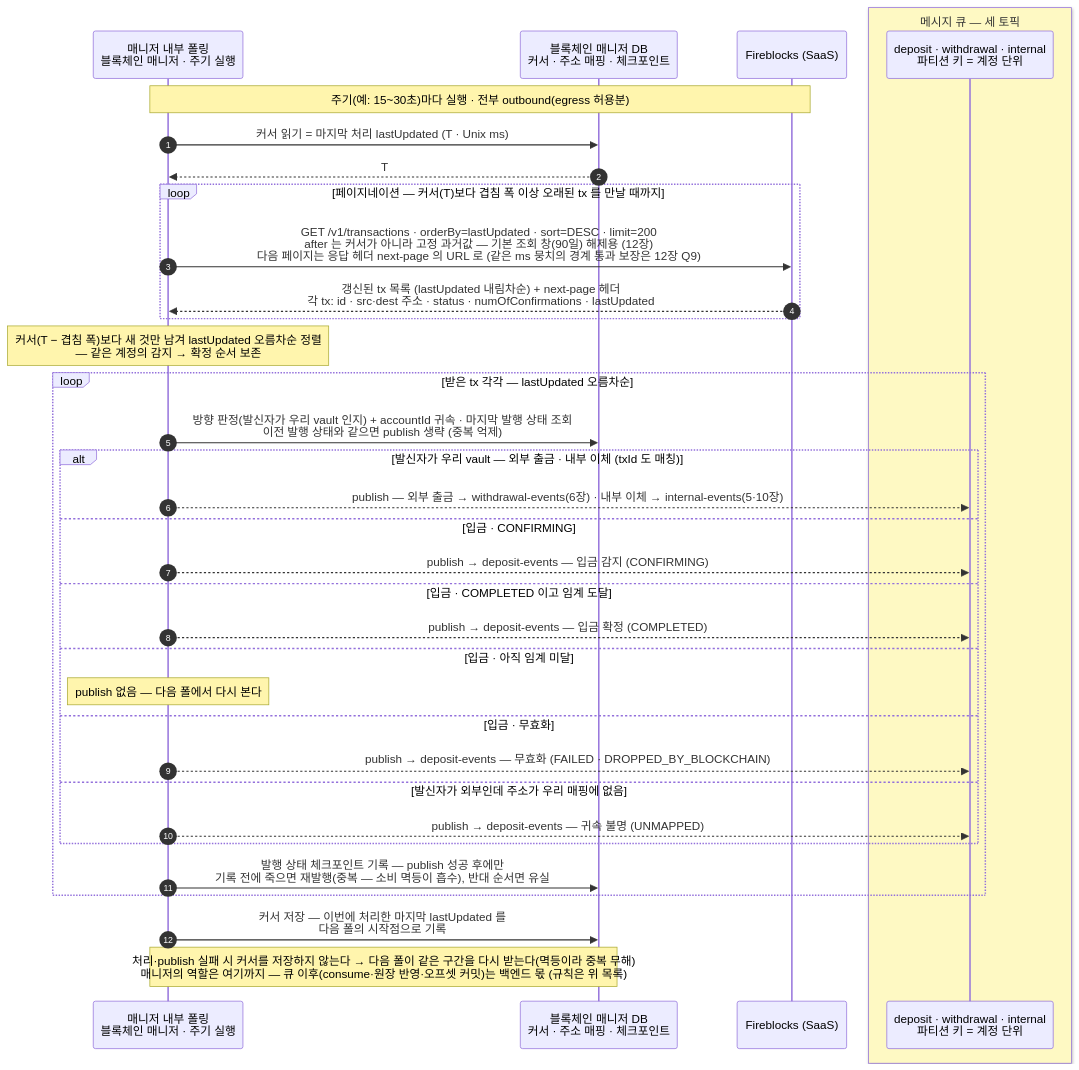
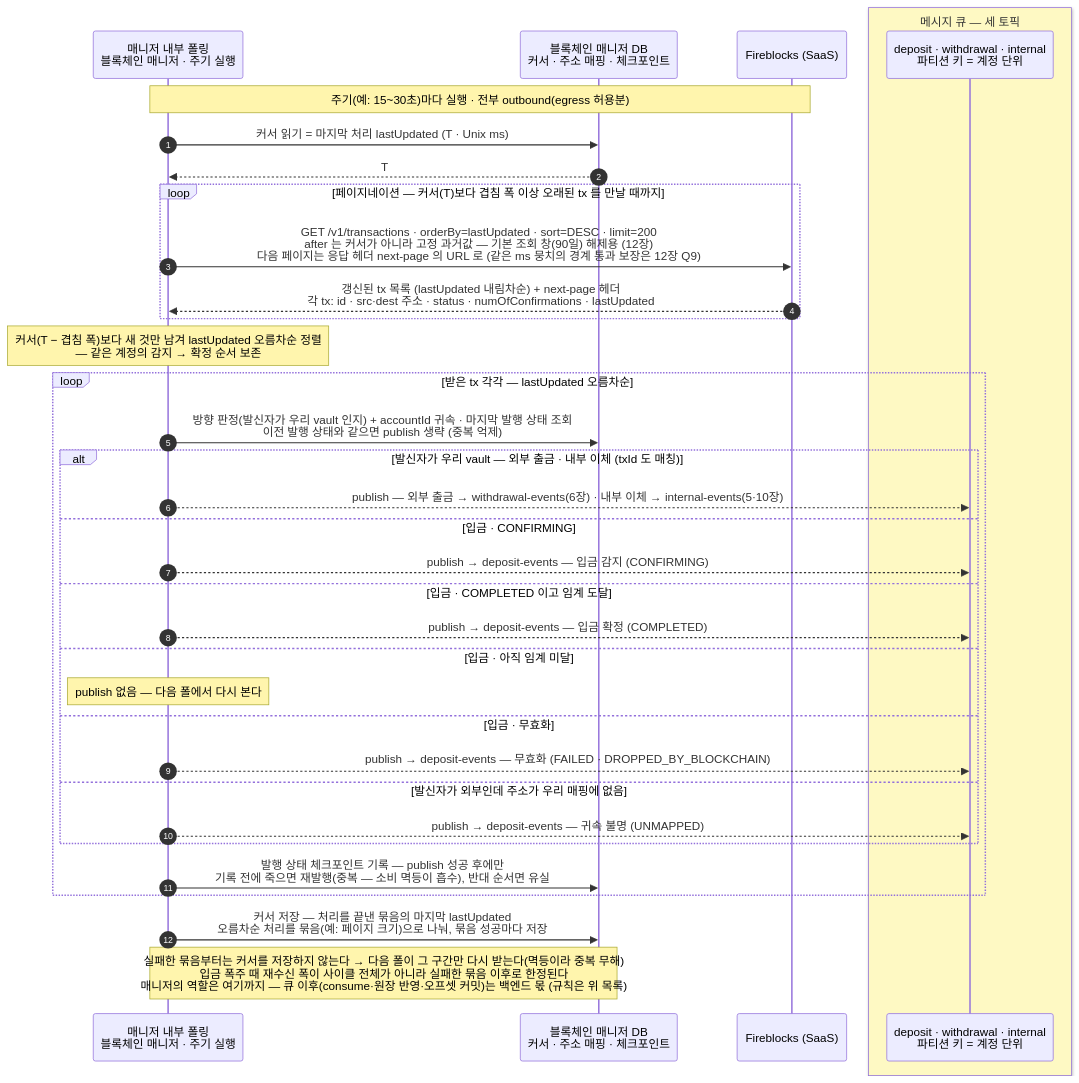
The first of 2 diagrams in blockchain-manager/docs/블록체인매니저/설계/04-detect-confirm.md (eunsujeo/eunpus), drawn with Mermaid before and after one commit. The commit also changed other lines of this file and 1 other file, not shown here.

Commit message:
입금 폭주 대비 — 커서를 처리 묶음 단위로 저장 (재수신 폭 한정)
- 4장: 오름차순 처리(계정별 순서 보존)를 묶음으로 나눠 묶음 성공마다 커서 저장, 표에 입금 폭주 행 추가(배치 조회·기록·경보)
- 17장: bcm_poll_crsr_m 갱신 규칙 동기화
- 폴링 rate limit 은 기존 429 행이 이미 커버 (추가 없음)

````diff
--- a/blockchain-manager/docs/블록체인매니저/설계/04-detect-confirm.md
+++ b/blockchain-manager/docs/블록체인매니저/설계/04-detect-confirm.md
@@ -78,41 +78,41 @@
 ```mermaid
 sequenceDiagram
     autonumber
     participant SUB as 매니저 내부 폴링<br/>블록체인 매니저 · 주기 실행
     participant MDB as 블록체인 매니저 DB<br/>커서 · 주소 매핑 · 체크포인트
     participant FB as Fireblocks (SaaS)
     box rgb(254,249,195) 메시지 큐 — 세 토픽
     participant MQ as deposit · withdrawal · internal<br/>파티션 키 = 계정 단위
     end
 
     Note over SUB,FB: 주기(예: 15~30초)마다 실행 · 전부 outbound(egress 허용분)
     SUB->>MDB: 커서 읽기 = 마지막 처리 lastUpdated (T · Unix ms)
     MDB-->>SUB: T
 
     loop 페이지네이션 — 커서(T)보다 겹침 폭 이상 오래된 tx 를 만날 때까지
         SUB->>FB: GET /v1/transactions · orderBy=lastUpdated · sort=DESC · limit=200<br/>after 는 커서가 아니라 고정 과거값 — 기본 조회 창(90일) 해제용 (12장)<br/>다음 페이지는 응답 헤더 next-page 의 URL 로 (같은 ms 뭉치의 경계 통과 보장은 12장 Q9)
         FB-->>SUB: 갱신된 tx 목록 (lastUpdated 내림차순) + next-page 헤더<br/>각 tx: id · src·dest 주소 · status · numOfConfirmations · lastUpdated
     end
     Note over SUB: 커서(T − 겹침 폭)보다 새 것만 남겨 lastUpdated 오름차순 정렬<br/>— 같은 계정의 감지 → 확정 순서 보존
 
     loop 받은 tx 각각 — lastUpdated 오름차순
         SUB->>MDB: 방향 판정(발신자가 우리 vault 인지) + accountId 귀속 · 마지막 발행 상태 조회<br/>이전 발행 상태와 같으면 publish 생략 (중복 억제)
         alt 발신자가 우리 vault — 외부 출금 · 내부 이체 (txId 도 매칭)
             SUB-->>MQ: publish — 외부 출금 → withdrawal-events(6장) · 내부 이체 → internal-events(5·10장)
         else 입금 · CONFIRMING
             SUB-->>MQ: publish → deposit-events — 입금 감지 (CONFIRMING)
         else 입금 · COMPLETED 이고 임계 도달
             SUB-->>MQ: publish → deposit-events — 입금 확정 (COMPLETED)
         else 입금 · 아직 임계 미달
             Note over SUB: publish 없음 — 다음 폴에서 다시 본다
         else 입금 · 무효화
             SUB-->>MQ: publish → deposit-events — 무효화 (FAILED · DROPPED_BY_BLOCKCHAIN)
         else 발신자가 외부인데 주소가 우리 매핑에 없음
             SUB-->>MQ: publish → deposit-events — 귀속 불명 (UNMAPPED)
         end
         SUB->>MDB: 발행 상태 체크포인트 기록 — publish 성공 후에만<br/>기록 전에 죽으면 재발행(중복 — 소비 멱등이 흡수), 반대 순서면 유실
     end
 
-    SUB->>MDB: 커서 저장 — 이번에 처리한 마지막 lastUpdated 를<br/>다음 폴의 시작점으로 기록
-    Note over SUB,MDB: 처리·publish 실패 시 커서를 저장하지 않는다 → 다음 폴이 같은 구간을 다시 받는다(멱등이라 중복 무해)<br/>매니저의 역할은 여기까지 — 큐 이후(consume·원장 반영·오프셋 커밋)는 백엔드 몫 (규칙은 위 목록)
+    SUB->>MDB: 커서 저장 — 처리를 끝낸 묶음의 마지막 lastUpdated<br/>오름차순 처리를 묶음(예: 페이지 크기)으로 나눠, 묶음 성공마다 저장
+    Note over SUB,MDB: 실패한 묶음부터는 커서를 저장하지 않는다 → 다음 폴이 그 구간만 다시 받는다(멱등이라 중복 무해)<br/>입금 폭주 때 재수신 폭이 사이클 전체가 아니라 실패한 묶음 이후로 한정된다<br/>매니저의 역할은 여기까지 — 큐 이후(consume·원장 반영·오프셋 커밋)는 백엔드 몫 (규칙은 위 목록)
 ```
````
